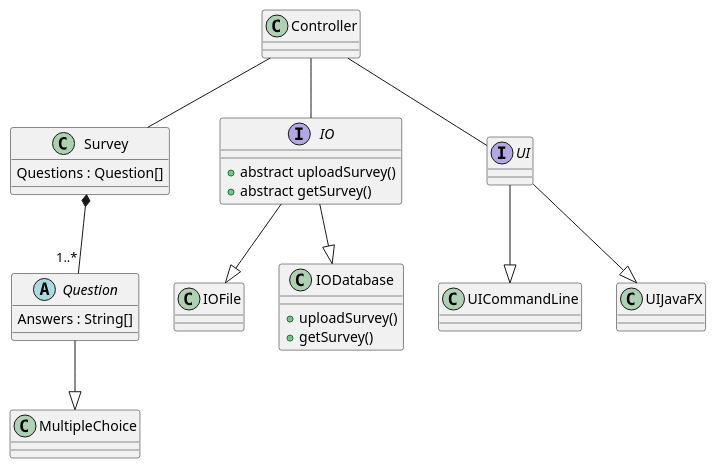
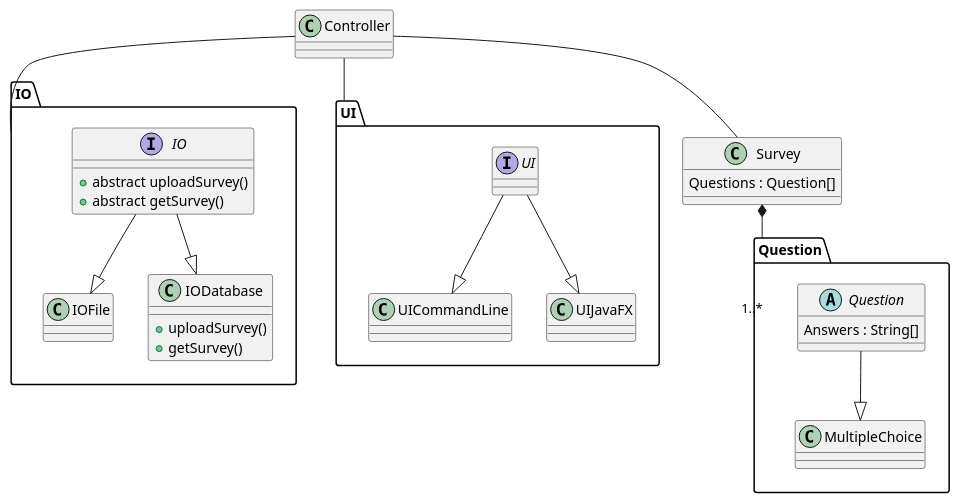
One commit to DeRp-DaWg/SP4 changed the diagram in doc/Class Diagram.puml. Above: the diagram before and after it, drawn with PlantUML.

Commit message:
Documentation

```diff
--- a/doc/Class Diagram.puml
+++ b/doc/Class Diagram.puml
@@ -1,56 +1,63 @@
 @startuml
 'https://plantuml.com/class-diagram
 
-abstract class Question {
-    Answers : String[]
+package Question {
+    abstract class Question {
+        Answers : String[]
+    }
+
+    class MultipleChoice {
+    }
+
+    'class CheckboxChoice {'
+    '}'
+
+    Question --|> MultipleChoice
+    'Question --|> CheckboxChoice'
 }
-
-class MultipleChoice {
-}
-
-'class CheckboxChoice {'
-'}'
-
-Question --|> MultipleChoice
-'Question --|> CheckboxChoice'
 
 class Survey {
     Questions : Question[]
 }
 
 Survey *--"1..*" Question
 
-interface IO {
-+abstract uploadSurvey()
-+abstract getSurvey()
+
+package IO {
+    interface IO {
+        +abstract uploadSurvey()
+        +abstract getSurvey()
+    }
+
+    class IOFile {
+    }
+
+    class IODatabase {
+        +uploadSurvey()
+        +getSurvey()
+    }
+
+    IO --|> IOFile
+    IO --|> IODatabase
 }
 
-class IOFile {
+package UI {
+    interface UI {
+    }
+
+    class UICommandLine {
+    }
+
+    UI --|> UICommandLine
+    UI --|> UIJavaFX
 }
-
-class IODatabase {
-+uploadSurvey()
-+getSurvey()
-}
-
-IO --|> IOFile
-IO --|> IODatabase
-
-interface UI {
-}
-
-class UICommandLine {
-}
-
-UI --|> UICommandLine
-UI --|> UIJavaFX
 
 class Controller {
 }
 
 Controller -- Survey
 Controller -- IO
 Controller -- UI
 
 
 @enduml
```
